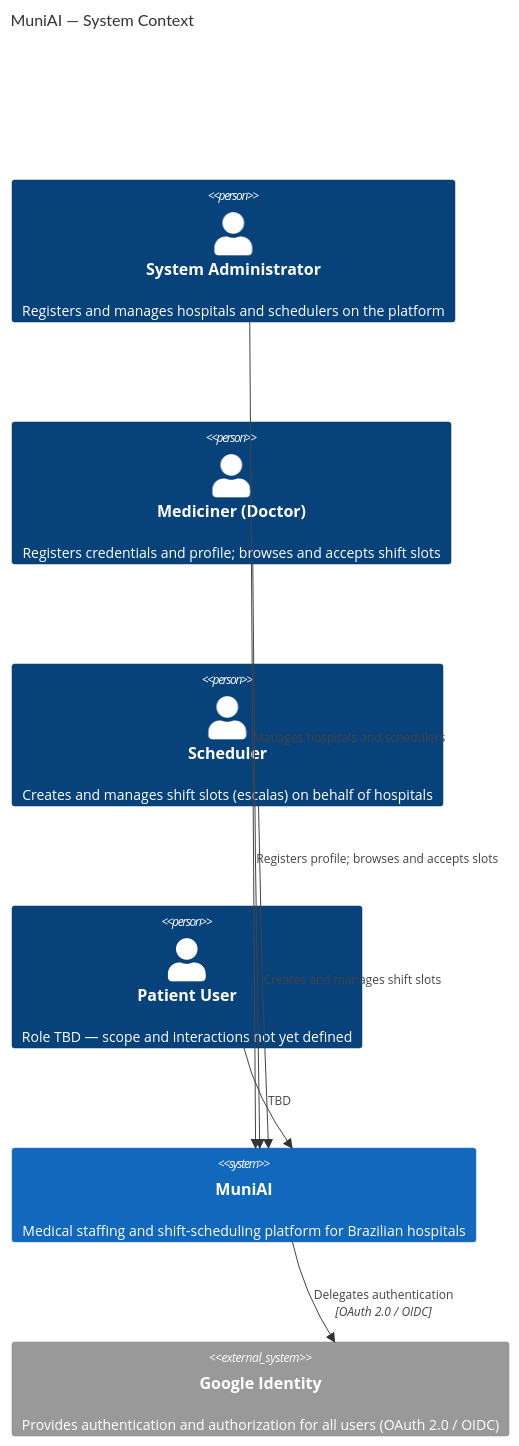
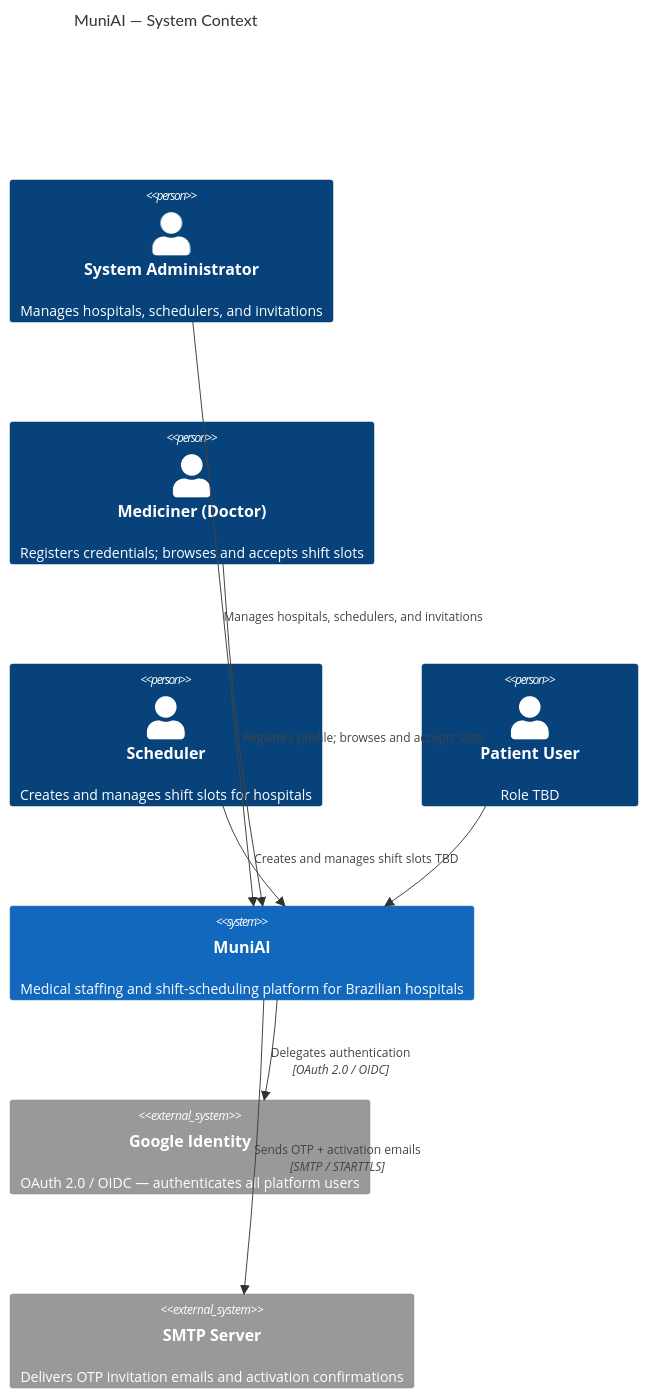
Before and after one commit to SilvestreAuricchio/b-muniai-preview: the first of 2 diagrams in docs/architecture/c4-diagrams.md, drawn with Mermaid. The commit also changed other lines of this file and 3 other files, not shown here.

````diff
--- a/docs/architecture/c4-diagrams.md
+++ b/docs/architecture/c4-diagrams.md
@@ -11,19 +9,21 @@
 ```mermaid
 C4Context
     title MuniAI — System Context
 
-    Person(sysAdmin, "System Administrator", "Registers and manages hospitals and schedulers on the platform")
-    Person(mediciner, "Mediciner (Doctor)", "Registers credentials and profile; browses and accepts shift slots")
-    Person(scheduler, "Scheduler", "Creates and manages shift slots (escalas) on behalf of hospitals")
-    Person(patient, "Patient User", "Role TBD — scope and interactions not yet defined")
+    Person(sysAdmin,   "System Administrator", "Manages hospitals, schedulers, and invitations")
+    Person(mediciner,  "Mediciner (Doctor)",   "Registers credentials; browses and accepts shift slots")
+    Person(scheduler,  "Scheduler",            "Creates and manages shift slots for hospitals")
+    Person(patient,    "Patient User",         "Role TBD")
 
     System(muniAI, "MuniAI", "Medical staffing and shift-scheduling platform for Brazilian hospitals")
 
-    System_Ext(googleId, "Google Identity", "Provides authentication and authorization for all users (OAuth 2.0 / OIDC)")
+    System_Ext(googleId, "Google Identity", "OAuth 2.0 / OIDC — authenticates all platform users")
+    System_Ext(smtp,     "SMTP Server",     "Delivers OTP invitation emails and activation confirmations")
 
-    Rel(sysAdmin, muniAI, "Manages hospitals and schedulers")
-    Rel(mediciner, muniAI, "Registers profile; browses and accepts slots")
-    Rel(scheduler, muniAI, "Creates and manages shift slots")
-    Rel(patient, muniAI, "TBD")
-    Rel(muniAI, googleId, "Delegates authentication", "OAuth 2.0 / OIDC")
+    Rel(sysAdmin,  muniAI,   "Manages hospitals, schedulers, and invitations")
+    Rel(mediciner, muniAI,   "Registers profile; browses and accepts slots")
+    Rel(scheduler, muniAI,   "Creates and manages shift slots")
+    Rel(patient,   muniAI,   "TBD")
+    Rel(muniAI,    googleId, "Delegates authentication",     "OAuth 2.0 / OIDC")
+    Rel(muniAI,    smtp,     "Sends OTP + activation emails","SMTP / STARTTLS")
 ```
````
